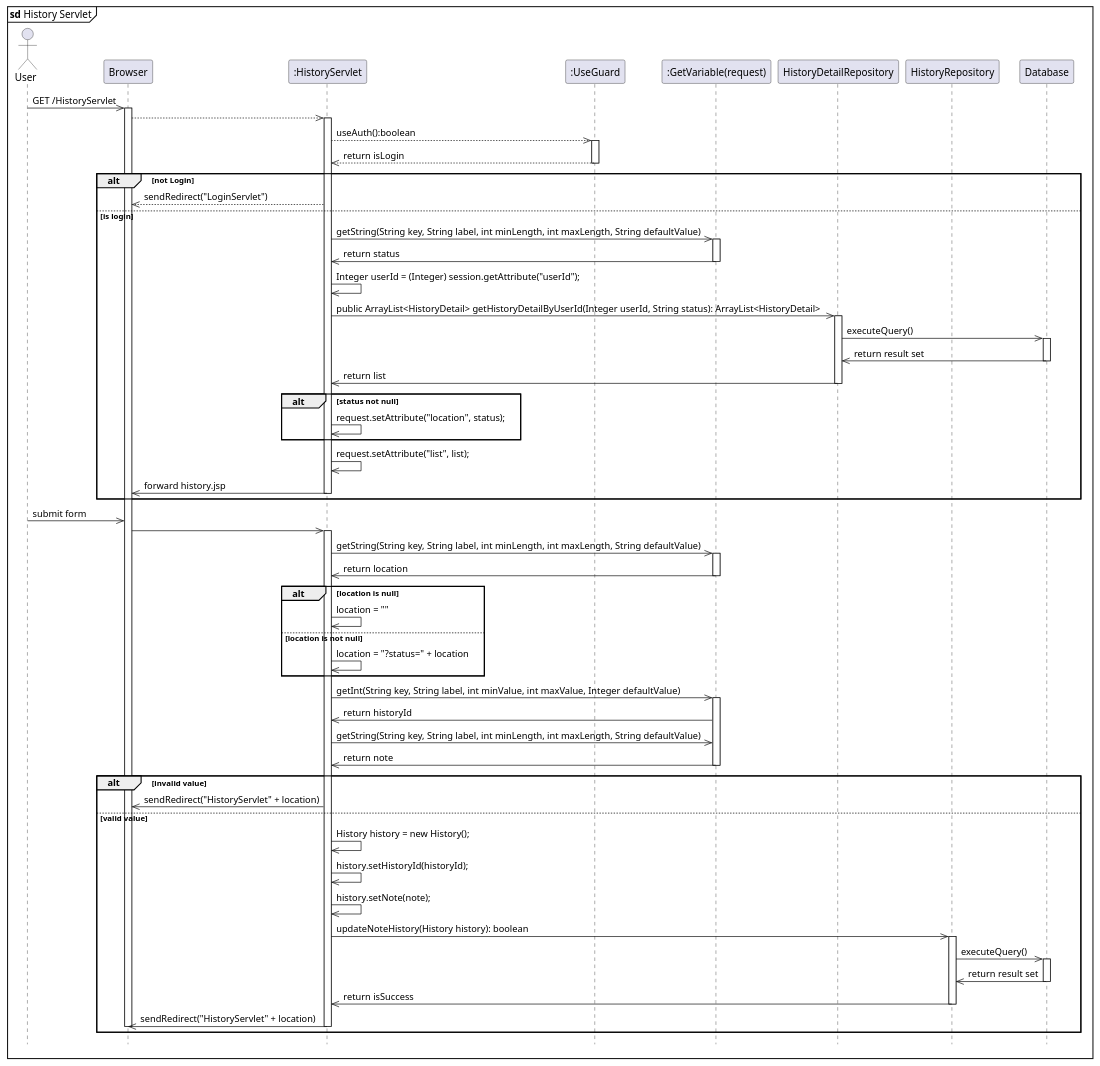
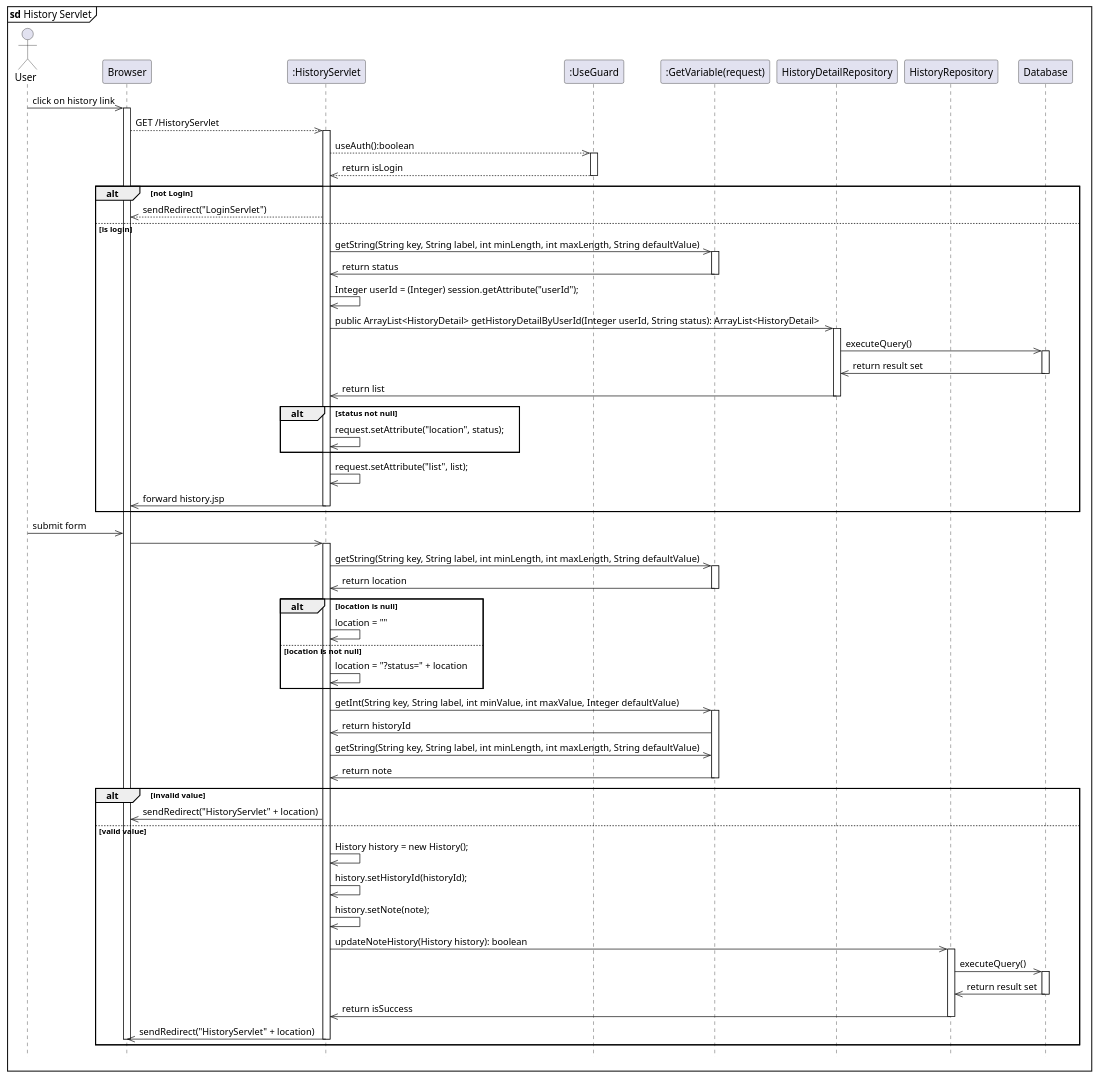
The diagram in diagram/HistoryServlet.puml (kainesv86/HKCBooking), drawn with PlantUML before and after one commit. The commit also changed 6 other files, not shown here.

Commit message:
Add filter diagram, fix click link

```diff
--- a/diagram/HistoryServlet.puml
+++ b/diagram/HistoryServlet.puml
@@ -1,85 +1,85 @@
 hide footbox
 mainframe <b>sd</b> History Servlet
 actor User
 participant "Browser" as Browser
 participant ":HistoryServlet" as HistoryServlet
 participant ":UseGuard" as UseGuard
 participant ":GetVariable(request)" as GetVariable
 participant "HistoryDetailRepository" as HistoryDetailRepository
 participant "HistoryRepository" as HistoryRepository
 participant "Database" as Database
 
-User ->> Browser: GET /HistoryServlet
+User ->> Browser: click on history link
 activate Browser
-    Browser -->> HistoryServlet:
+    Browser -->> HistoryServlet: GET /HistoryServlet
     activate HistoryServlet
         HistoryServlet -->> UseGuard: useAuth():boolean 
         activate UseGuard
                 UseGuard -->> HistoryServlet:return isLogin
         deactivate UseGuard
         alt not Login
             HistoryServlet -->> Browser: sendRedirect("LoginServlet")
         else is login
             HistoryServlet ->> GetVariable: getString(String key, String label, int minLength, int maxLength, String defaultValue) 
             activate GetVariable
                 GetVariable ->> HistoryServlet: return status
             deactivate GetVariable
             HistoryServlet ->> HistoryServlet: Integer userId = (Integer) session.getAttribute("userId");
             HistoryServlet ->> HistoryDetailRepository: public ArrayList<HistoryDetail> getHistoryDetailByUserId(Integer userId, String status): ArrayList<HistoryDetail>
                 activate HistoryDetailRepository
                     HistoryDetailRepository ->> Database: executeQuery()
                             activate Database 
                                 Database ->> HistoryDetailRepository: return result set
                             deactivate Database
                     HistoryDetailRepository ->> HistoryServlet: return list
                 deactivate HistoryDetailRepository
             alt status not null
                 HistoryServlet ->> HistoryServlet:request.setAttribute("location", status);
             end
 
             HistoryServlet ->> HistoryServlet: request.setAttribute("list", list);
             
             HistoryServlet ->> Browser: forward history.jsp
     deactivate HistoryServlet
         end
 
 User ->> Browser: submit form
     Browser ->> HistoryServlet
     activate HistoryServlet
         HistoryServlet ->> GetVariable: getString(String key, String label, int minLength, int maxLength, String defaultValue)
         activate GetVariable
             GetVariable ->> HistoryServlet: return location
         deactivate GetVariable
         alt location is null
             HistoryServlet ->> HistoryServlet: location = "" 
         else location is not null
             HistoryServlet ->> HistoryServlet: location = "?status=" + location 
         end
 
         HistoryServlet ->> GetVariable: getInt(String key, String label, int minValue, int maxValue, Integer defaultValue)
         activate GetVariable
         GetVariable ->> HistoryServlet: return historyId
 
         HistoryServlet ->> GetVariable: getString(String key, String label, int minLength, int maxLength, String defaultValue)
         GetVariable ->> HistoryServlet: return note
         deactivate GetVariable
 
         alt invalid value
             HistoryServlet ->> Browser: sendRedirect("HistoryServlet" + location)
         else valid value
             HistoryServlet ->> HistoryServlet: History history = new History();
             HistoryServlet ->> HistoryServlet: history.setHistoryId(historyId);
             HistoryServlet ->> HistoryServlet: history.setNote(note);
 
             HistoryServlet ->> HistoryRepository: updateNoteHistory(History history): boolean
                 activate HistoryRepository
                 HistoryRepository ->> Database: executeQuery()
                         activate Database 
                             Database ->> HistoryRepository: return result set
                         deactivate Database
                     HistoryRepository ->> HistoryServlet: return isSuccess
                 deactivate HistoryRepository
             HistoryServlet ->> Browser: sendRedirect("HistoryServlet" + location)
     deactivate HistoryServlet  
 deactivate Browser         
         end
```
